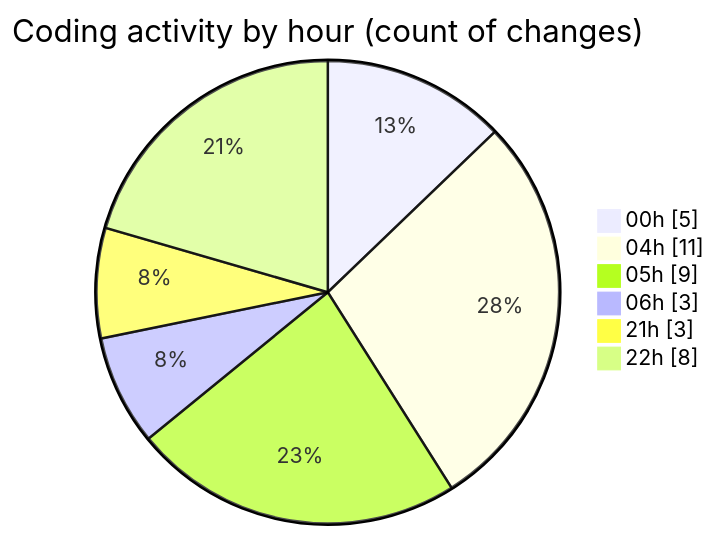
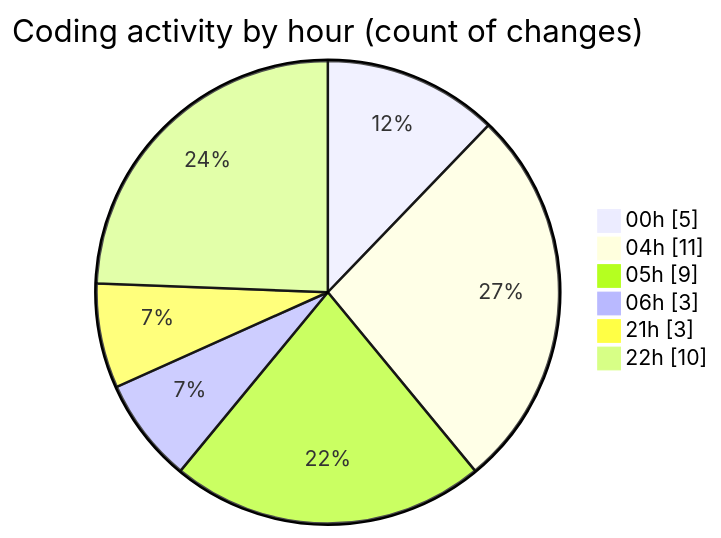
The second of 2 diagrams in 2025-03-28/autodidak/README.md (idhammustaqopulfikri/code-tracking), drawn with Mermaid before and after one commit. The commit also changed other lines of this file and 1 other file, not shown here.

````diff
--- a/2025-03-28/autodidak/README.md
+++ b/2025-03-28/autodidak/README.md
@@ -37,10 +37,10 @@
 ```mermaid
 pie showData
 title Coding activity by hour (count of changes)
 "00h" : 5
 "04h" : 11
 "05h" : 9
 "06h" : 3
 "21h" : 3
-"22h" : 8
+"22h" : 10
 ```
````
